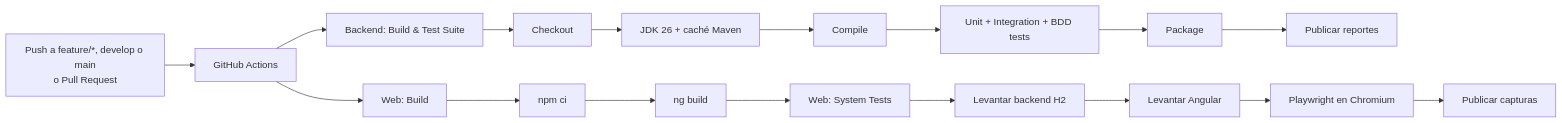
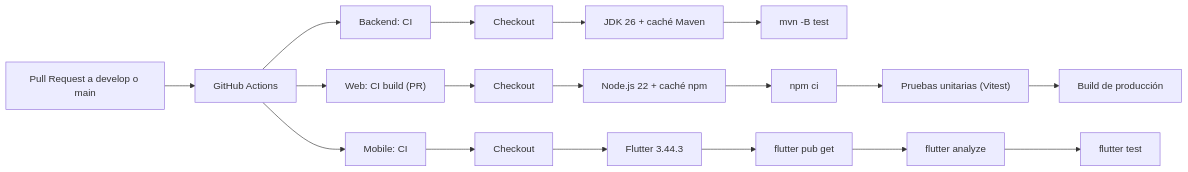
One commit to Experimentos-1ASI0732-2620-9104/report- changed the diagram in report/main-content/7.1-continuous-integration.md. Above: the diagram before and after it, drawn with Mermaid. The commit also changed other lines of this file and 2 other files, not shown here.

Commit message:
docs(devops): update continuous integration, delivery and deployment

````diff
--- a/report/main-content/7.1-continuous-integration.md
+++ b/report/main-content/7.1-continuous-integration.md
@@ -85,9 +80,10 @@
 ```mermaid
 flowchart LR
-    dev["Push a feature/*, develop o main<br>o Pull Request"] --> gha["GitHub Actions"]
-    gha --> be["Backend: Build & Test Suite"]
-    gha --> web["Web: Build"]
-    be --> b1["Checkout"] --> b2["JDK 26 + caché Maven"] --> b3["Compile"] --> b4["Unit + Integration + BDD tests"] --> b5["Package"] --> b6["Publicar reportes"]
-    web --> w1["npm ci"] --> w2["ng build"] --> sys["Web: System Tests"]
-    sys --> s1["Levantar backend H2"] --> s2["Levantar Angular"] --> s3["Playwright en Chromium"] --> s4["Publicar capturas"]
+    pr["Pull Request a develop o main"] --> gha["GitHub Actions"]
+    gha --> be["Backend: CI"]
+    gha --> web["Web: CI build (PR)"]
+    gha --> mob["Mobile: CI"]
+    be --> b1["Checkout"] --> b2["JDK 26 + caché Maven"] --> b3["mvn -B test"]
+    web --> w1["Checkout"] --> w2["Node.js 22 + caché npm"] --> w3["npm ci"] --> w4["Pruebas unitarias (Vitest)"] --> w5["Build de producción"]
+    mob --> m1["Checkout"] --> m2["Flutter 3.44.3"] --> m3["flutter pub get"] --> m4["flutter analyze"] --> m5["flutter test"]
 ```
````
